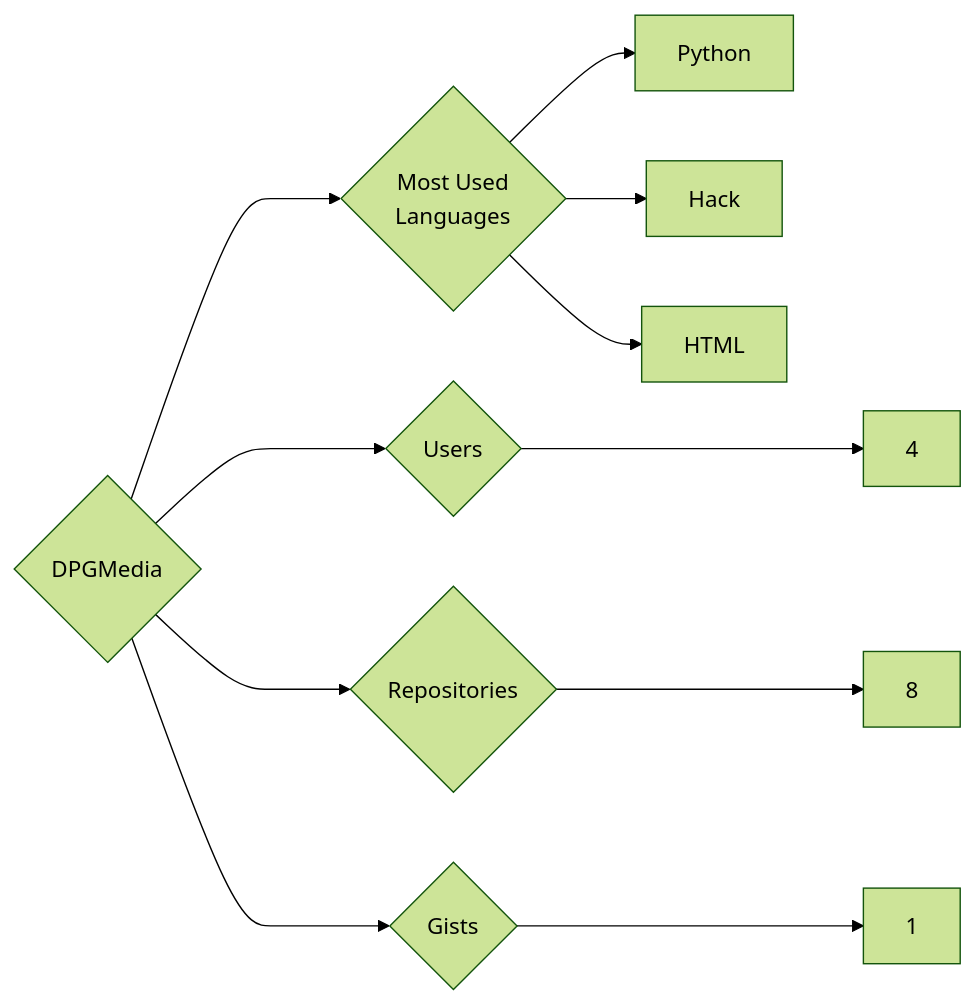
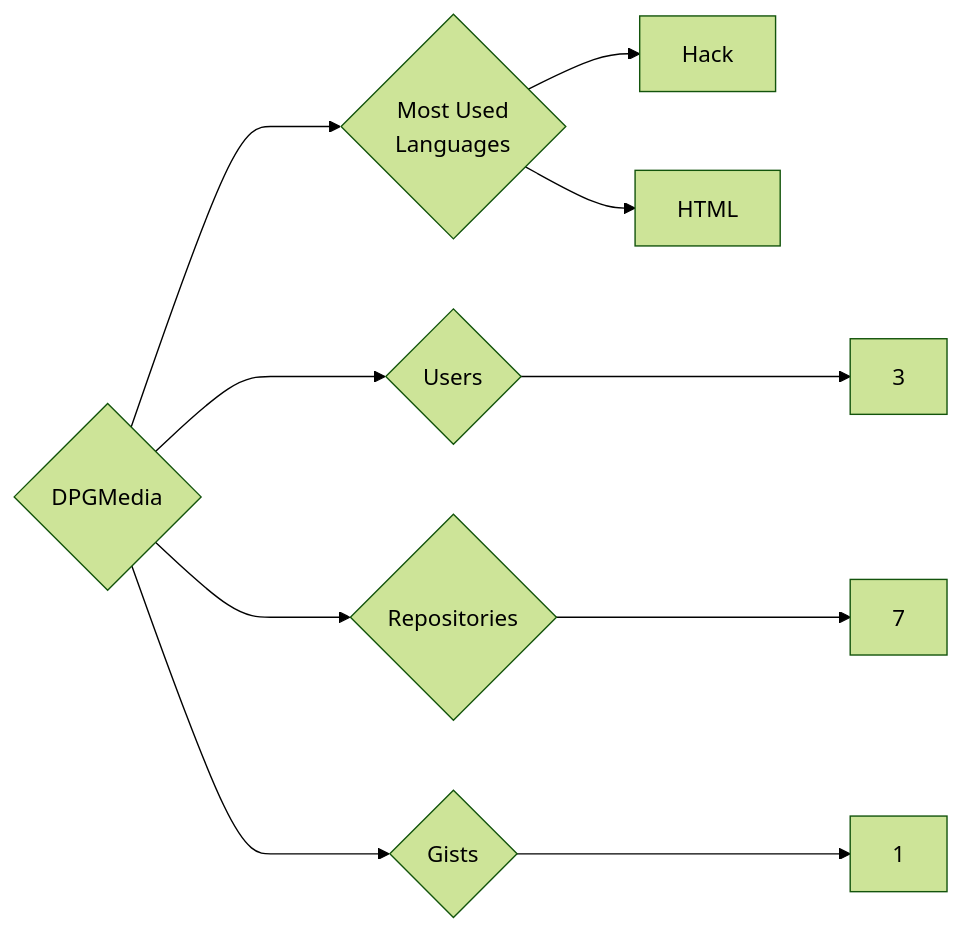
One commit to trickest/insiders changed the diagram in targets/DPGMedia/README.md. Above: the diagram before and after it, drawn with Mermaid (forest theme). The commit also changed 1092 other files, not shown here.

````diff
--- a/targets/DPGMedia/README.md
+++ b/targets/DPGMedia/README.md
@@ -3,11 +3,10 @@
 ```mermaid
 graph LR
 COMPANY_NAME{DPGMedia}
-COMPANY_NAME ---> U{Users} ---> UN[4]
-COMPANY_NAME ---> R{Repositories} ---> RN[8]
+COMPANY_NAME ---> U{Users} ---> UN[3]
+COMPANY_NAME ---> R{Repositories} ---> RN[7]
 COMPANY_NAME ---> G{Gists} ---> GN[1]
 COMPANY_NAME ---> ML{Most Used<br>Languages}
-ML --> Python[Python]
 ML --> Hack[Hack]
 ML --> HTML[HTML]
 ```
````
